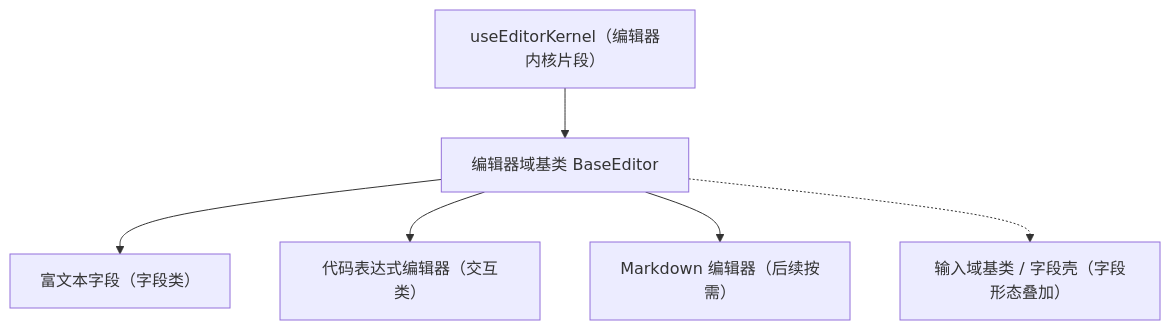
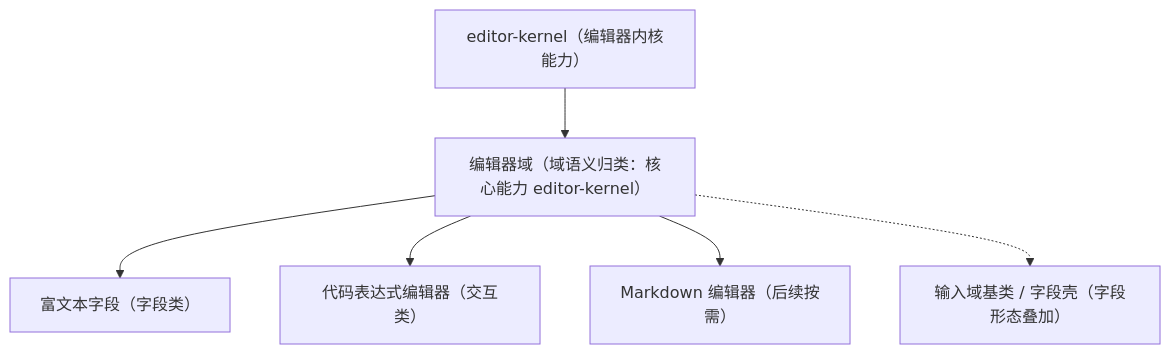
One commit to minjian123/basic-management-system changed the diagram in bms文档/设计/组件设计/02_基础组件类/03_域基类/05_组件设计_编辑器域基类/05_组件设计_编辑器域基类.md. Above: the diagram before and after it, drawn with Mermaid. The commit also changed other lines of this file and 49 other files, not shown here.

````diff
--- a/bms文档/设计/组件设计/02_基础组件类/03_域基类/05_组件设计_编辑器域基类/05_组件设计_编辑器域基类.md
+++ b/bms文档/设计/组件设计/02_基础组件类/03_域基类/05_组件设计_编辑器域基类/05_组件设计_编辑器域基类.md
@@ -15,8 +15,8 @@
 ```mermaid
 flowchart TD
-    B["编辑器域基类 BaseEditor"] --> E1["富文本字段（字段类）"]
+    B["编辑器域（域语义归类：核心能力 editor-kernel）"] --> E1["富文本字段（字段类）"]
     B --> E2["代码表达式编辑器（交互类）"]
     B --> E3["Markdown 编辑器（后续按需）"]
-    K["useEditorKernel（编辑器内核片段）"] --> B
+    K["editor-kernel（编辑器内核能力）"] --> B
     B -.-> FIELD["输入域基类 / 字段壳（字段形态叠加）"]
 ```
````
